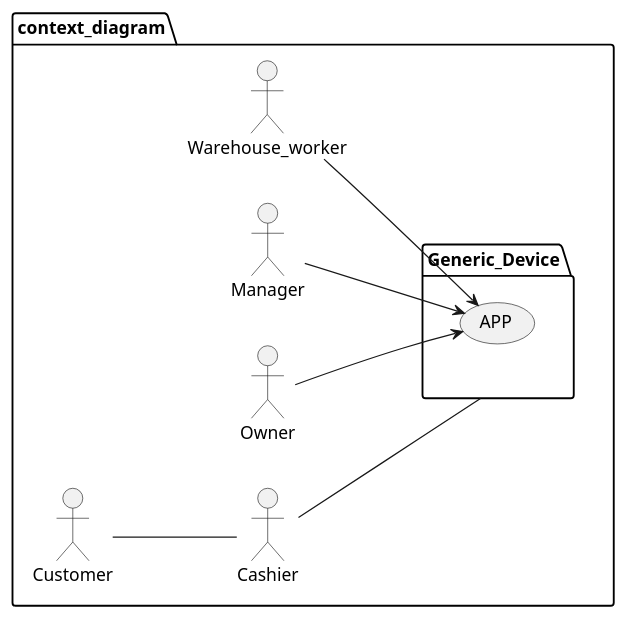
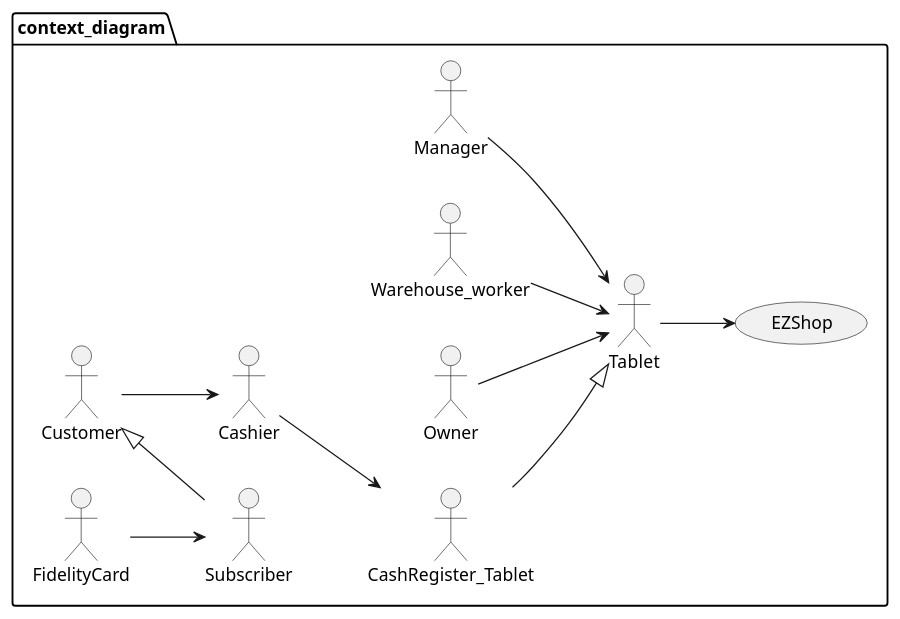
Before and after one commit to mkexc/ezshop: the first of 5 diagrams in Deliverables/RequirementsDocument.md, drawn with PlantUML. The commit also changed other lines of this file and 15 other files, not shown here.

Commit message:
Docs: Updated contents, added stakeholders, updated glossary, updated context diagram, updated interfaces, statically inserted images in GUIPrototype, grammar check.

````diff
--- a/Deliverables/RequirementsDocument.md
+++ b/Deliverables/RequirementsDocument.md
@@ -56,21 +59,27 @@
 ```plantuml
 @startuml
 left to right direction
 package context_diagram {
-	actor Warehouse_worker as WW
-	actor Manager as MNG
-	actor Owner as OWN
-	actor Cashier as CSH
-	actor Customer as CST
-	package Generic_Device {
-		usecase "APP" as APP
-	}
-	WW --> APP
-	MNG --> APP
-	OWN --> APP
-	CSH -- Generic_Device
-	CST -- CSH
+    actor Manager as MNG
+    actor Warehouse_worker as WW
+    actor Owner as OWN
+    actor Cashier as CSH
+    actor Customer as CST
+    actor FidelityCard as FC
+    actor Subscriber as SC
+    actor Tablet as TAB
+    actor CashRegister_Tablet as CSR
+    usecase "  EZShop" as APP
+    
+    FC --> SC
+    CST <|-- SC
+    MNG --> TAB
+    WW --> TAB
+    OWN --> TAB
+    CSH --> CSR
+    CST --> CSH
+    CSR--|> TAB
+    TAB--> APP
 }
-
 @enduml
 ```
````
